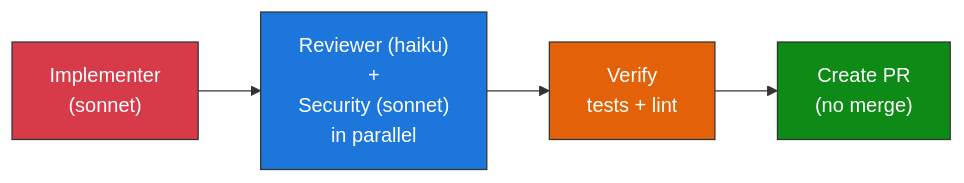
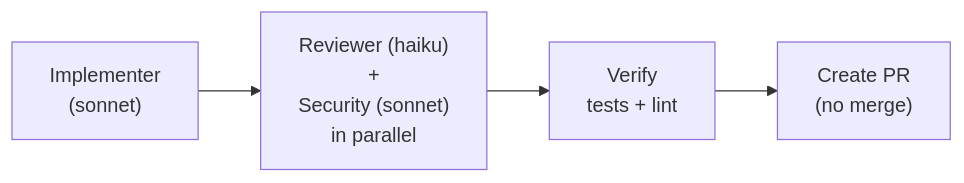
The fifth of 5 diagrams in README.md (clayharmon/ocak), drawn with Mermaid before and after one commit. The commit also changed other lines of this file, not shown here.

First line of the commit message:
fix: use <br> for mermaid line breaks, remove custom colors

````diff
--- a/README.md
+++ b/README.md
@@ -172,11 +153,6 @@
 ```mermaid
 flowchart LR
-    A["Implementer\n(sonnet)"] --> B["Reviewer (haiku)\n+\nSecurity (sonnet)\nin parallel"]
-    B --> C["Verify\ntests + lint"]
-    C --> D["Create PR\n(no merge)"]
-
-    style A fill:#d73a49,stroke:#333,color:#fff
-    style B fill:#1d76db,stroke:#333,color:#fff
-    style C fill:#e36209,stroke:#333,color:#fff
-    style D fill:#0e8a16,stroke:#333,color:#fff
+    A["Implementer<br>(sonnet)"] --> B["Reviewer (haiku)<br>+<br>Security (sonnet)<br>in parallel"]
+    B --> C["Verify<br>tests + lint"]
+    C --> D["Create PR<br>(no merge)"]
 ```
````
